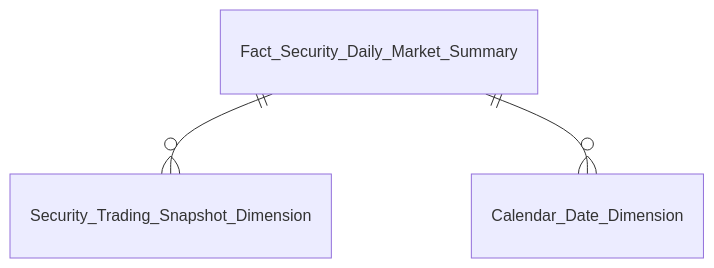
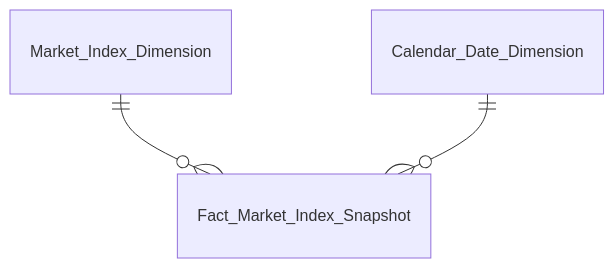
The second of 4 diagrams in Datamart/hld/DTM_GSTT_Entities.md (linhlvit/ubck_atomic_design), drawn with Mermaid before and after one commit. The commit also changed other lines of this file and 21 other files, not shown here.

````diff
--- a/Datamart/hld/DTM_GSTT_Entities.md
+++ b/Datamart/hld/DTM_GSTT_Entities.md
@@ -89,5 +36,5 @@
 ```mermaid
 erDiagram
-    Fact_Security_Daily_Market_Summary ||--o{ Security_Trading_Snapshot_Dimension : ""
-    Fact_Security_Daily_Market_Summary ||--o{ Calendar_Date_Dimension : ""
+    Market_Index_Dimension ||--o{ Fact_Market_Index_Snapshot : " "
+    Calendar_Date_Dimension ||--o{ Fact_Market_Index_Snapshot : " "
 ```
````
